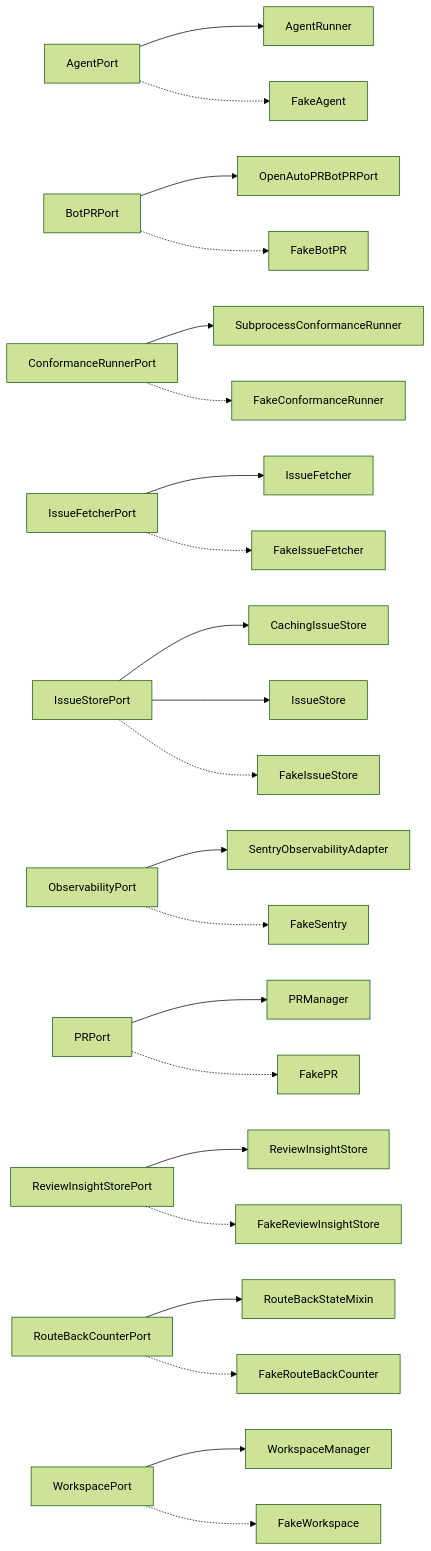
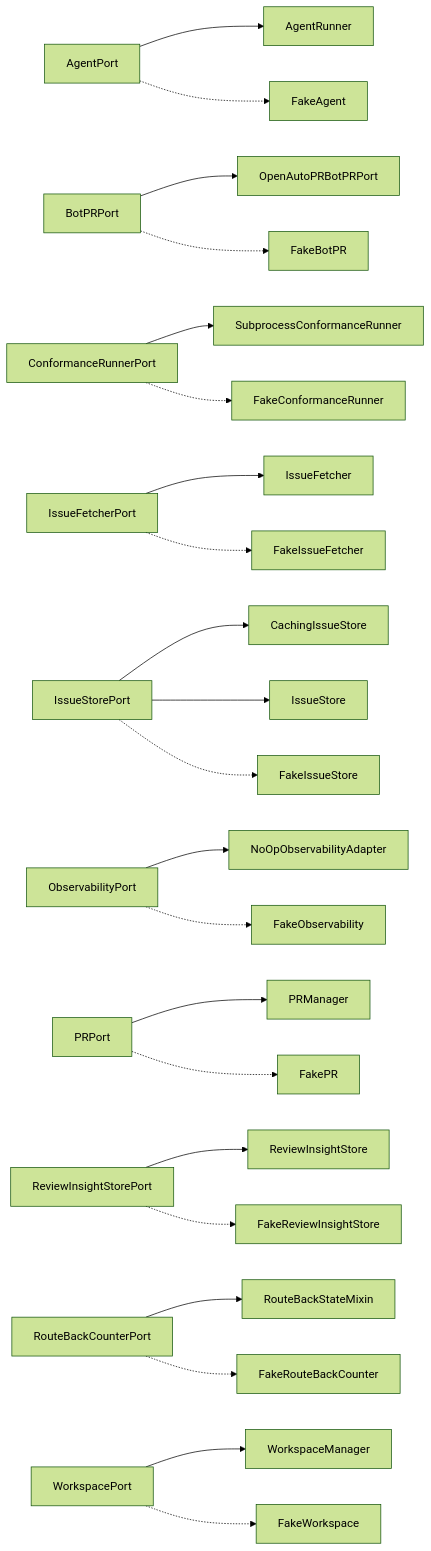
One commit to T-rav/hydraflow changed the diagram in docs/arch/generated/ports.md. Above: the diagram before and after it, drawn with Mermaid (forest theme). The commit also changed other lines of this file and 111 other files, not shown here.

First line of the commit message:
Remove Sentry from the factory; observability owned by the SRE agent (ADR-0118) (#10954)

````diff
--- a/docs/arch/generated/ports.md
+++ b/docs/arch/generated/ports.md
@@ -7,24 +7,24 @@
 ```mermaid
 graph LR
     AgentPort --> AgentRunner
     AgentPort -.-> FakeAgent
     BotPRPort --> OpenAutoPRBotPRPort
     BotPRPort -.-> FakeBotPR
     ConformanceRunnerPort --> SubprocessConformanceRunner
     ConformanceRunnerPort -.-> FakeConformanceRunner
     IssueFetcherPort --> IssueFetcher
     IssueFetcherPort -.-> FakeIssueFetcher
     IssueStorePort --> CachingIssueStore
     IssueStorePort --> IssueStore
     IssueStorePort -.-> FakeIssueStore
-    ObservabilityPort --> SentryObservabilityAdapter
-    ObservabilityPort -.-> FakeSentry
+    ObservabilityPort --> NoOpObservabilityAdapter
+    ObservabilityPort -.-> FakeObservability
     PRPort --> PRManager
     PRPort -.-> FakePR
     ReviewInsightStorePort --> ReviewInsightStore
     ReviewInsightStorePort -.-> FakeReviewInsightStore
     RouteBackCounterPort --> RouteBackStateMixin
     RouteBackCounterPort -.-> FakeRouteBackCounter
     WorkspacePort --> WorkspaceManager
     WorkspacePort -.-> FakeWorkspace
 ```
````
